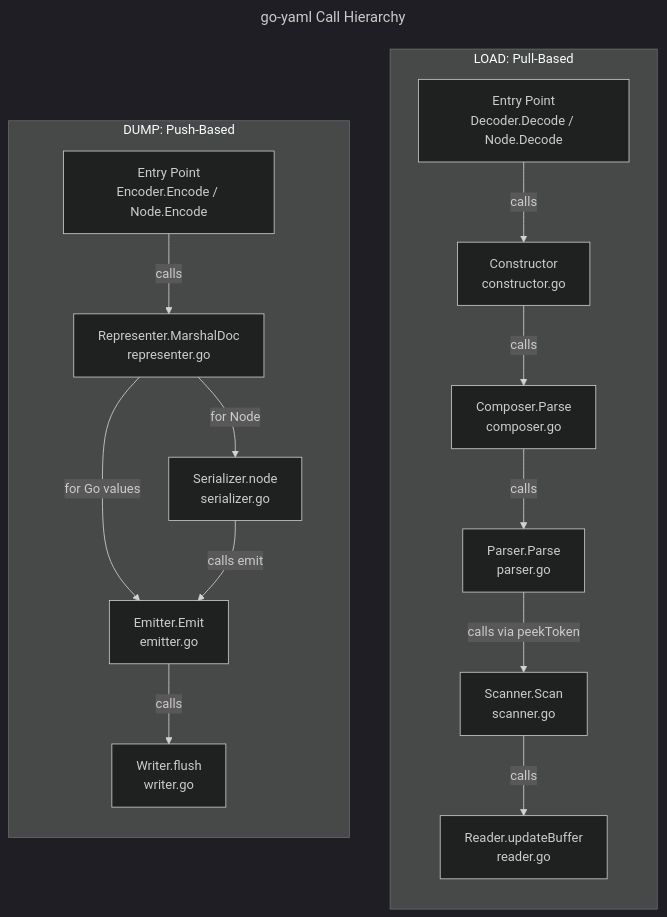
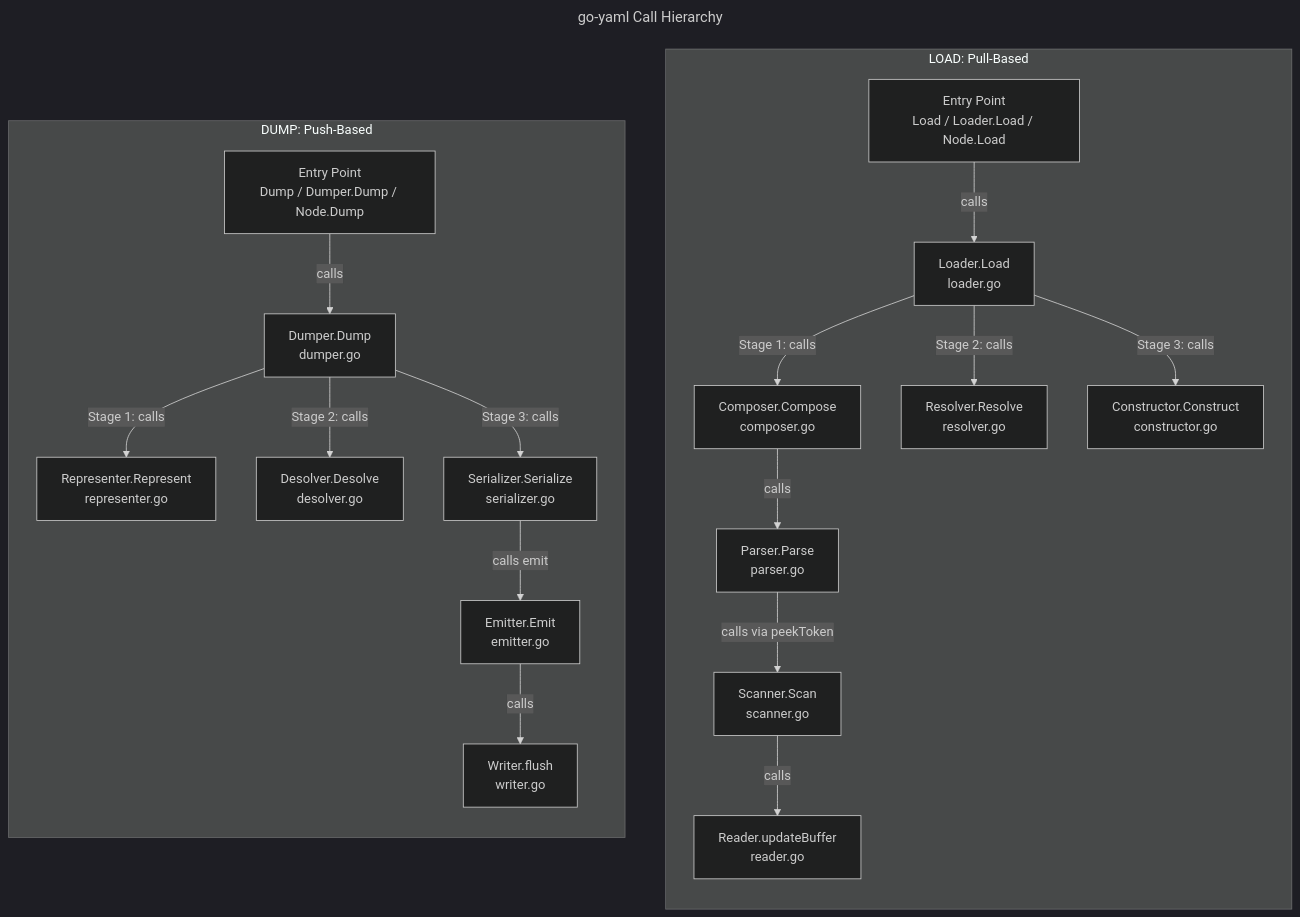
One commit to yaml/go-yaml changed the diagram in docs/dev/call-hierarchy.mmd. Above: the diagram before and after it, drawn with Mermaid (dark theme). The commit also changed 5 other files, not shown here.

Commit message:
Update the docs/dev/ pages and diagrams

```diff
--- a/docs/dev/call-hierarchy.mmd
+++ b/docs/dev/call-hierarchy.mmd
@@ -1,34 +1,41 @@
 ---
 title: go-yaml Call Hierarchy
 ---
 flowchart TB
     subgraph LOAD ["LOAD: Pull-Based"]
         direction TB
-        L_entry["Entry Point<br/>Decoder.Decode / Node.Decode"]
-        L_constructor["Constructor<br/>constructor.go"]
-        L_composer["Composer.Parse<br/>composer.go"]
+        L_entry["Entry Point<br/>Load / Loader.Load / Node.Load"]
+        L_loader["Loader.Load<br/>loader.go"]
+        L_composer["Composer.Compose<br/>composer.go"]
+        L_resolver["Resolver.Resolve<br/>resolver.go"]
+        L_constructor["Constructor.Construct<br/>constructor.go"]
         L_parser["Parser.Parse<br/>parser.go"]
         L_scanner["Scanner.Scan<br/>scanner.go"]
         L_reader["Reader.updateBuffer<br/>reader.go"]
 
-        L_entry -->|calls| L_constructor
-        L_constructor -->|calls| L_composer
+        L_entry -->|calls| L_loader
+        L_loader -->|"Stage 1: calls"| L_composer
+        L_loader -->|"Stage 2: calls"| L_resolver
+        L_loader -->|"Stage 3: calls"| L_constructor
         L_composer -->|calls| L_parser
         L_parser -->|calls via peekToken| L_scanner
         L_scanner -->|calls| L_reader
     end
 
     subgraph DUMP ["DUMP: Push-Based"]
         direction TB
-        D_entry["Entry Point<br/>Encoder.Encode / Node.Encode"]
-        D_representer["Representer.MarshalDoc<br/>representer.go"]
-        D_serializer["Serializer.node<br/>serializer.go"]
+        D_entry["Entry Point<br/>Dump / Dumper.Dump / Node.Dump"]
+        D_dumper["Dumper.Dump<br/>dumper.go"]
+        D_representer["Representer.Represent<br/>representer.go"]
+        D_desolver["Desolver.Desolve<br/>desolver.go"]
+        D_serializer["Serializer.Serialize<br/>serializer.go"]
         D_emitter["Emitter.Emit<br/>emitter.go"]
         D_writer["Writer.flush<br/>writer.go"]
 
-        D_entry -->|calls| D_representer
-        D_representer -->|for Go values| D_emitter
-        D_representer -->|for Node| D_serializer
+        D_entry -->|calls| D_dumper
+        D_dumper -->|"Stage 1: calls"| D_representer
+        D_dumper -->|"Stage 2: calls"| D_desolver
+        D_dumper -->|"Stage 3: calls"| D_serializer
         D_serializer -->|calls emit| D_emitter
         D_emitter -->|calls| D_writer
     end
```
